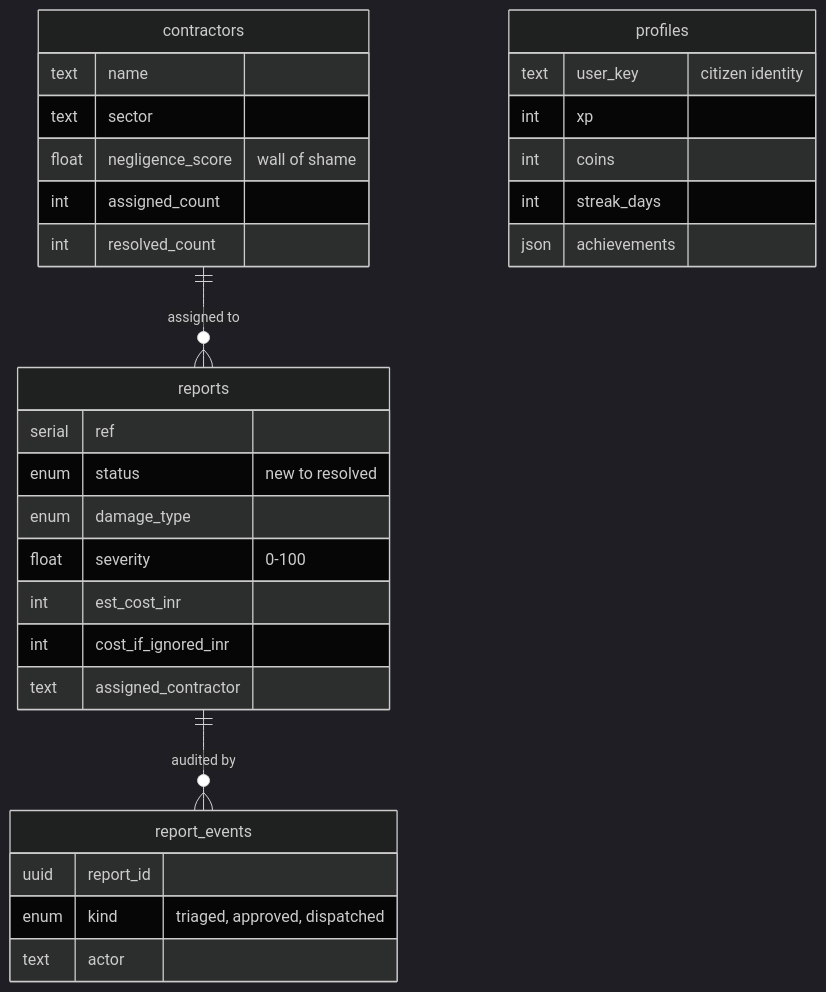
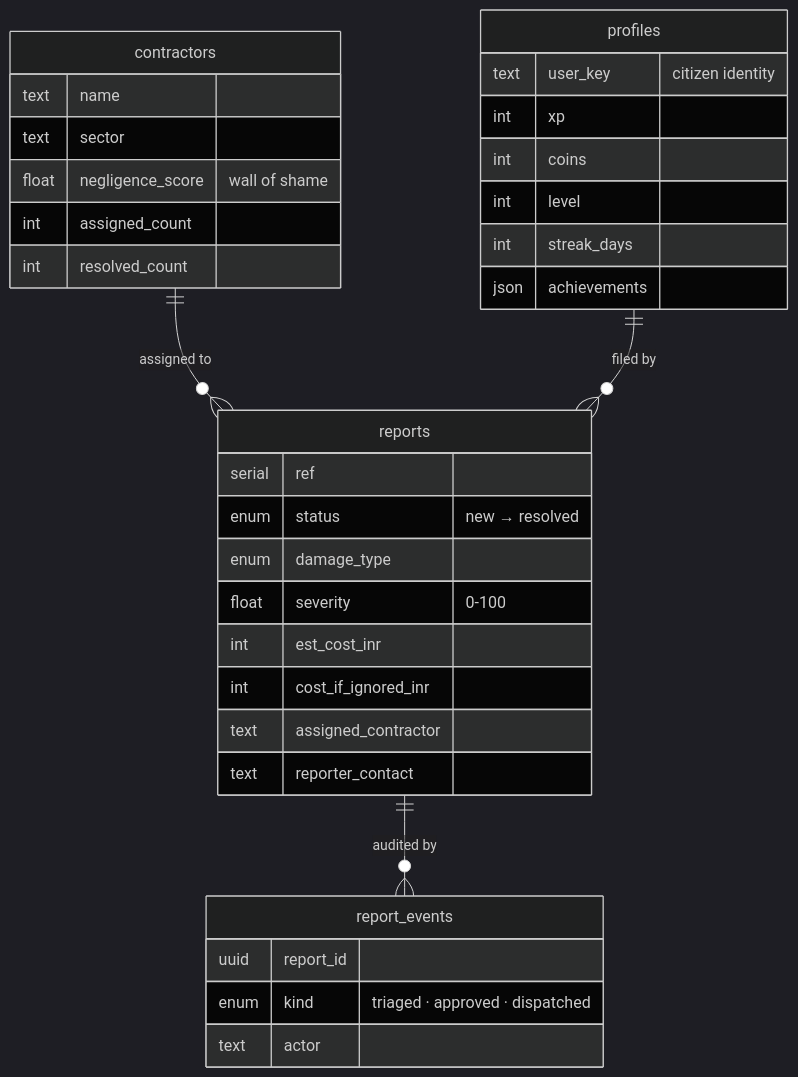
One commit to SaudSatopay/crackwatch-lemma changed the eighth of 12 diagrams in README.md. Above: the diagram before and after it, drawn with Mermaid (dark theme). The commit also changed other lines of this file, not shown here.

First line of the commit message:
docs: beautify README — 12 diagrams + engineering deep-dives

````diff
--- a/README.md
+++ b/README.md
@@ -140,34 +376,37 @@
 ```mermaid
 erDiagram
     contractors ||--o{ reports : "assigned to"
     reports ||--o{ report_events : "audited by"
+    profiles ||--o{ reports : "filed by"
 
     reports {
         serial ref
-        enum status "new to resolved"
+        enum status "new → resolved"
         enum damage_type
         float severity "0-100"
         int est_cost_inr
         int cost_if_ignored_inr
         text assigned_contractor
+        text reporter_contact
     }
     contractors {
         text name
         text sector
         float negligence_score "wall of shame"
         int assigned_count
         int resolved_count
     }
     report_events {
         uuid report_id
-        enum kind "triaged, approved, dispatched"
+        enum kind "triaged · approved · dispatched"
         text actor
     }
     profiles {
         text user_key "citizen identity"
         int xp
         int coins
+        int level
         int streak_days
         json achievements
     }
 ```
````
